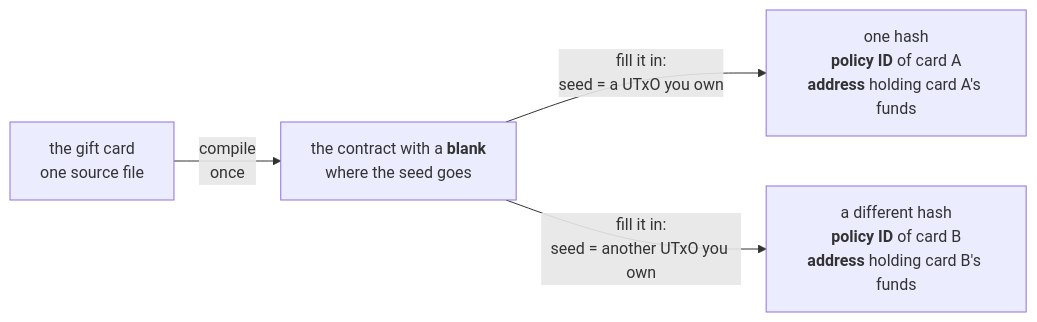
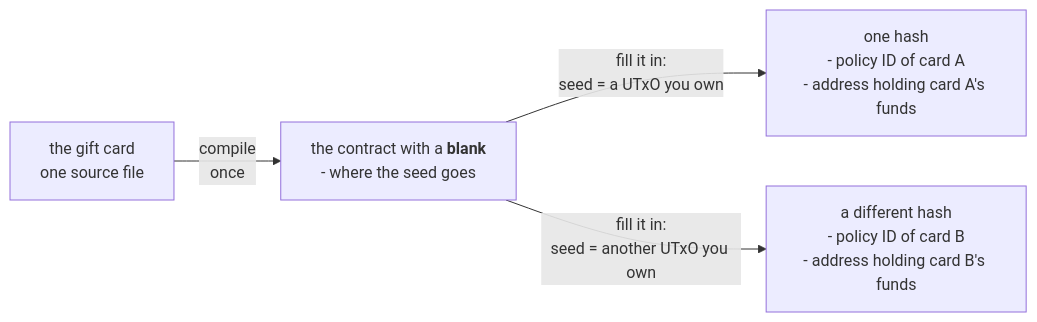
The fourth of 4 diagrams in docs/developers/onboarding/lectures/intermediate/11-multi-validators.md (cardano-foundation/developer-portal), drawn with Mermaid before and after one commit. The commit also changed other lines of this file and 8 other files, not shown here.

````diff
--- a/docs/developers/onboarding/lectures/intermediate/11-multi-validators.md
+++ b/docs/developers/onboarding/lectures/intermediate/11-multi-validators.md
@@ -163,11 +152,11 @@
 ```mermaid
 flowchart LR
     S["the gift card<br/>one source file"] -->|"compile<br/>once"| C["`the contract with a **blank**
-    where the seed goes`"]
+    - where the seed goes`"]
     C -->|"fill it in:<br/>seed = a UTxO you own"| A["`one hash
-    **policy ID** of card A
-    **address** holding card A's funds`"]
+    - policy ID of card A
+    - address holding card A's funds`"]
     C -->|"fill it in:<br/>seed = another UTxO you own"| B["`a different hash
-    **policy ID** of card B
-    **address** holding card B's funds`"]
+    - policy ID of card B
+    - address holding card B's funds`"]
 ```
````
